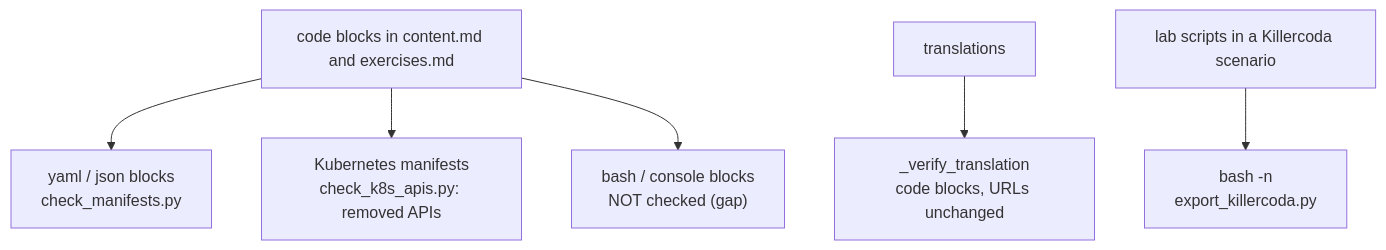
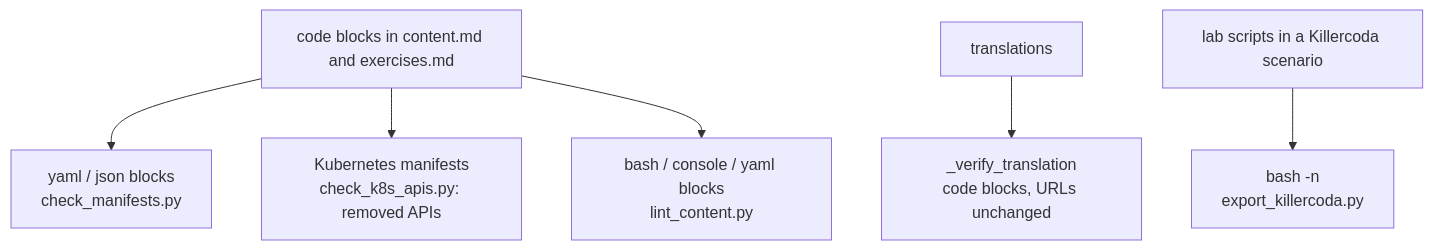
The fourth of 4 diagrams in docs/GUARDRAILS.md (villadalmine/study-cybercirujas), drawn with Mermaid before and after one commit. The commit also changed other lines of this file and 8 other files, not shown here.

````diff
--- a/docs/GUARDRAILS.md
+++ b/docs/GUARDRAILS.md
@@ -116,8 +116,8 @@
 ```mermaid
 flowchart TD
     BLK["code blocks in content.md and exercises.md"] --> Y["yaml / json blocks<br/>check_manifests.py"]
     BLK --> K["Kubernetes manifests<br/>check_k8s_apis.py: removed APIs"]
-    BLK --> SH["bash / console blocks<br/>NOT checked (gap)"]
+    BLK --> SH["bash / console / yaml blocks<br/>lint_content.py"]
     TR["translations"] --> TG["_verify_translation<br/>code blocks, URLs unchanged"]
     LABSH["lab scripts in a Killercoda scenario"] --> BN["bash -n<br/>export_killercoda.py"]
 ```
````
